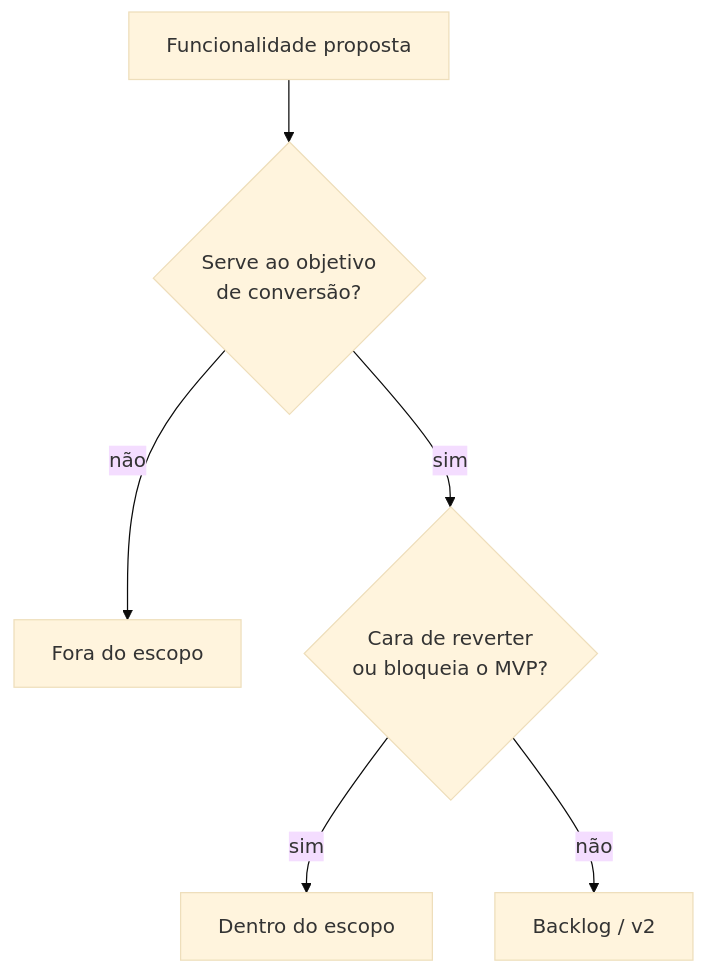
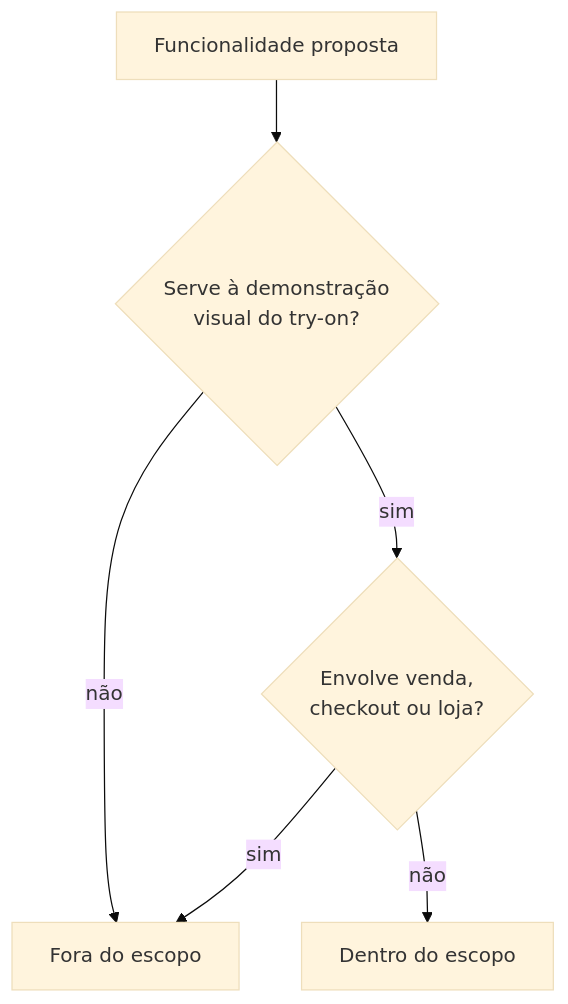
Before and after one commit to rafafrd/LP-with-VR: the diagram in docs/vault/01-Visao-Geral/Escopo.md, drawn with Mermaid (base theme). The commit also changed other lines of this file and 17 other files, not shown here.

````diff
--- a/docs/vault/01-Visao-Geral/Escopo.md
+++ b/docs/vault/01-Visao-Geral/Escopo.md
@@ -41,8 +66,8 @@
 ```mermaid
 flowchart TD
-    F[Funcionalidade proposta] --> Q{Serve ao objetivo<br/>de conversão?}
+    F[Funcionalidade proposta] --> Q{Serve à demonstração<br/>visual do try-on?}
     Q -- não --> OUT[Fora do escopo]
-    Q -- sim --> Q2{Cara de reverter<br/>ou bloqueia o MVP?}
-    Q2 -- sim --> IN[Dentro do escopo]
-    Q2 -- não --> BL[Backlog / v2]
+    Q -- sim --> Q2{Envolve venda,<br/>checkout ou loja?}
+    Q2 -- sim --> OUT
+    Q2 -- não --> IN[Dentro do escopo]
 ```
````
